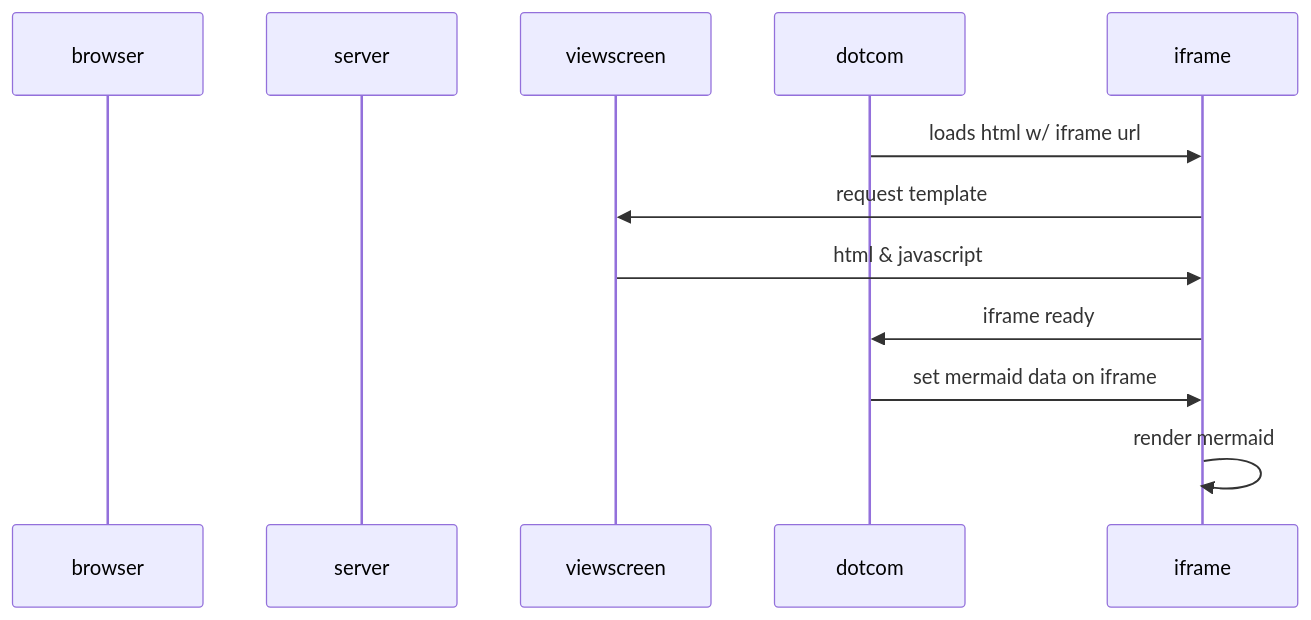
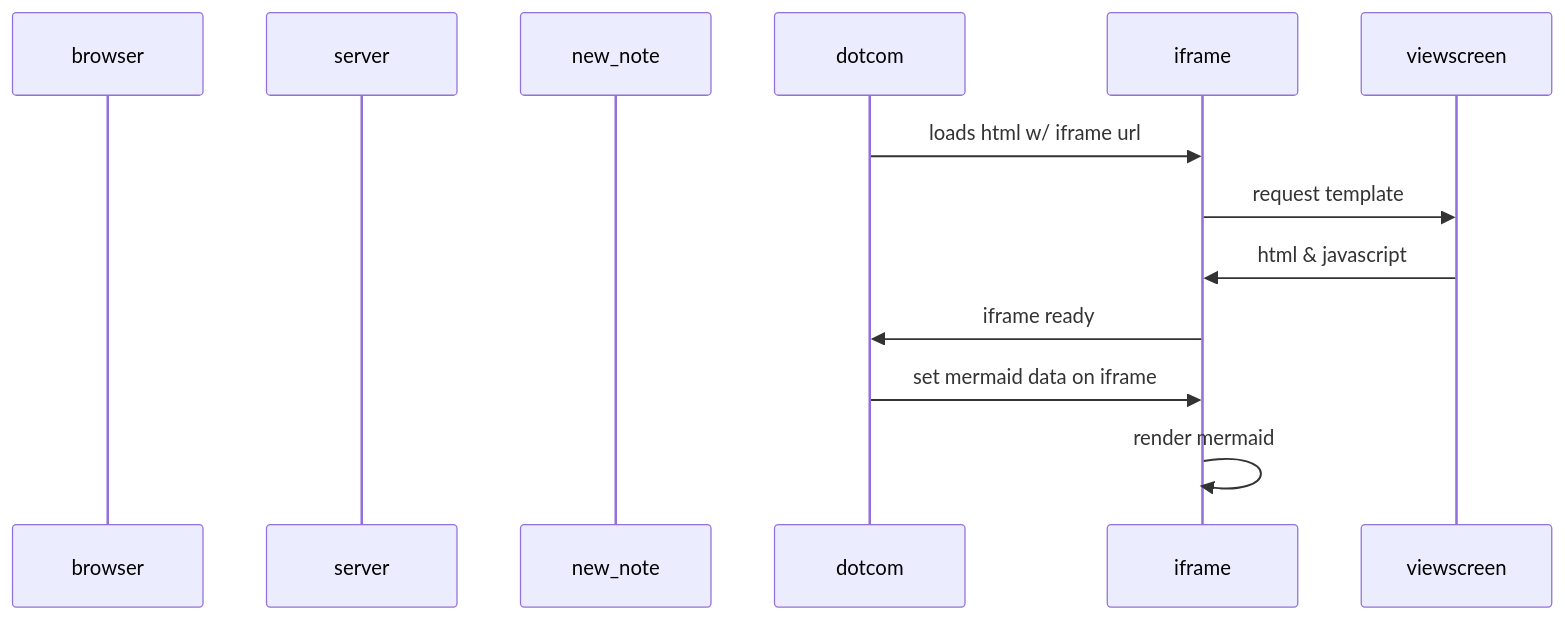
One commit to simon-archer/fullstack changed the diagram in part0/0.4: New note diagram.md. Above: the diagram before and after it, drawn with Mermaid.

Commit message:
Update 0.4: New note diagram.md

````diff
--- a/part0/0.4: New note diagram.md
+++ b/part0/0.4: New note diagram.md
@@ -5,12 +5,12 @@
 ```mermaid
 sequenceDiagram
     participant browser
     participant server
-    participant viewscreen
+    participant new_note
     dotcom->>iframe: loads html w/ iframe url
     iframe->>viewscreen: request template
     viewscreen->>iframe: html & javascript
     iframe->>dotcom: iframe ready
     dotcom->>iframe: set mermaid data on iframe
     iframe->>iframe: render mermaid
 ```
````
